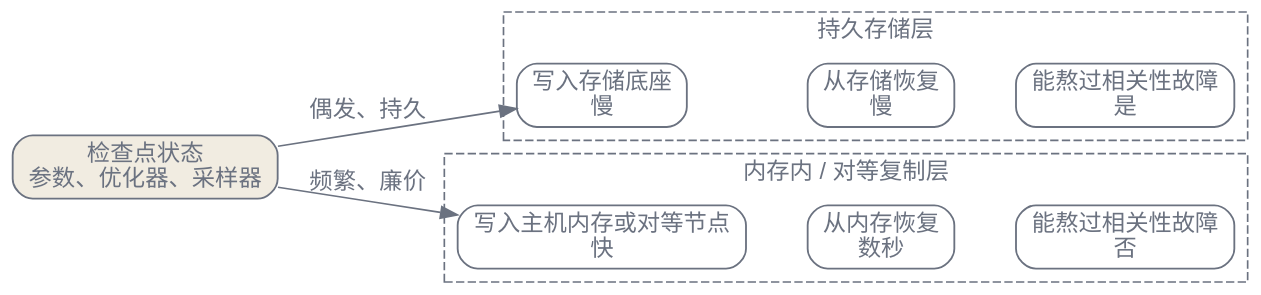
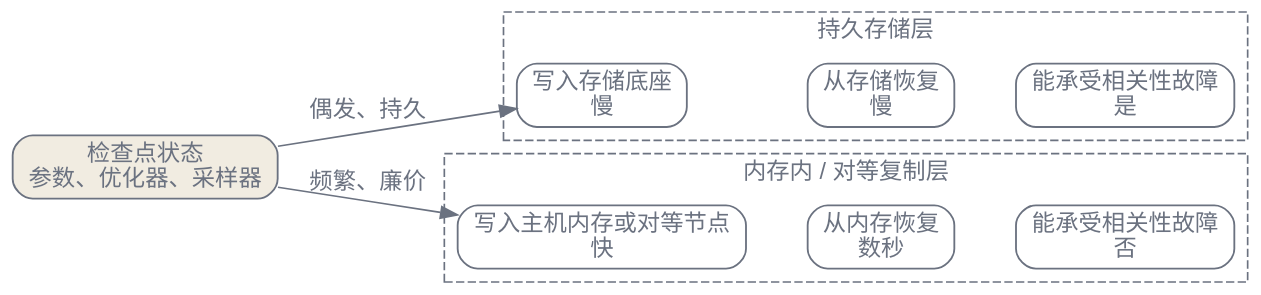
One commit to latere-ai/ai-as-an-infrastructure changed the second of 3 diagrams in zh/infrastructure/02-orchestration-data-infra.qmd. Above: the diagram before and after it, drawn with Graphviz. The commit also changed other lines of this file and 9 other files, not shown here.

````diff
--- a/zh/infrastructure/02-orchestration-data-infra.qmd
+++ b/zh/infrastructure/02-orchestration-data-infra.qmd
@@ -104,38 +104,38 @@
 ```{dot}
 //| label: fig-orchestration-checkpoint-tiers
-//| fig-cap: "两派检查点。持久存储层写入与恢复都慢，但能熬过相关性故障；内存内或对等复制层两个方向都快，但若集群有足够多的部分同时宕掉就会丢失。多数运行将二者组合。"
+//| fig-cap: "两派检查点。持久存储层写入与恢复都慢，但能承受相关性故障；内存内或对等复制层两个方向都快，但若集群有足够多的部分同时宕掉就会丢失。多数运行将二者组合。"
 digraph {
   bgcolor="transparent";
   rankdir=LR;
   node [shape=box, style=rounded, fontname="Helvetica", color="#6b7280", fontcolor="#6b7280", penwidth=1.1];
   edge [color="#6b7280", fontcolor="#6b7280"];
 
   subgraph cluster_durable {
     label="持久存储层";
     fontname="Helvetica";
     fontcolor="#6b7280";
     color="#6b7280";
     style=dashed;
     DW [label="写入存储底座\n慢"];
     DR [label="从存储恢复\n慢"];
-    DS [label="能熬过相关性故障\n是"];
+    DS [label="能承受相关性故障\n是"];
   }
 
   subgraph cluster_fast {
     label="内存内 / 对等复制层";
     fontname="Helvetica";
     fontcolor="#6b7280";
     color="#6b7280";
     style=dashed;
     FW [label="写入主机内存或对等节点\n快"];
     FR [label="从内存恢复\n数秒"];
-    FS [label="能熬过相关性故障\n否"];
+    FS [label="能承受相关性故障\n否"];
   }
 
   State [label="检查点状态\n参数、优化器、采样器", shape=box, style="rounded,filled", fillcolor="#f1ece1"];
   State -> DW [label="偶发、持久"];
   State -> FW [label="频繁、廉价"];
   DW -> DR -> DS [style=invis];
   FW -> FR -> FS [style=invis];
 }
 ```
````
